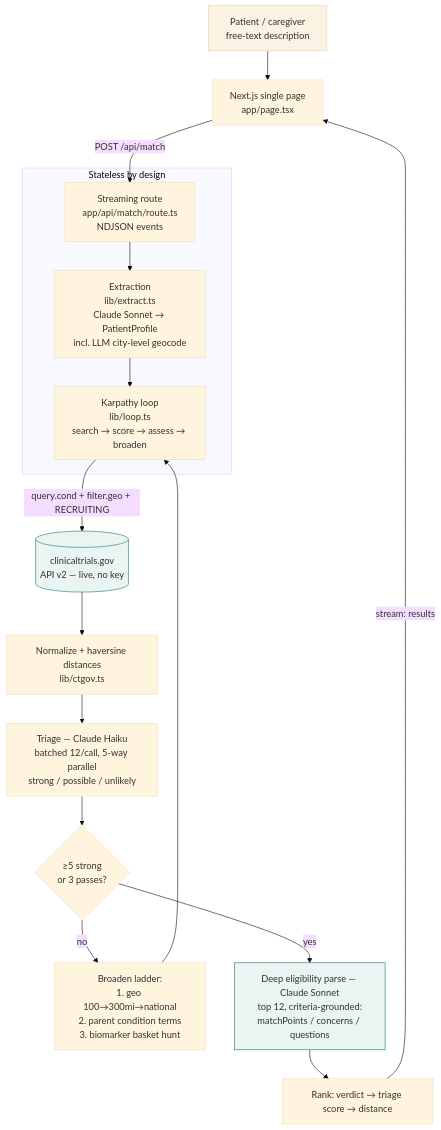
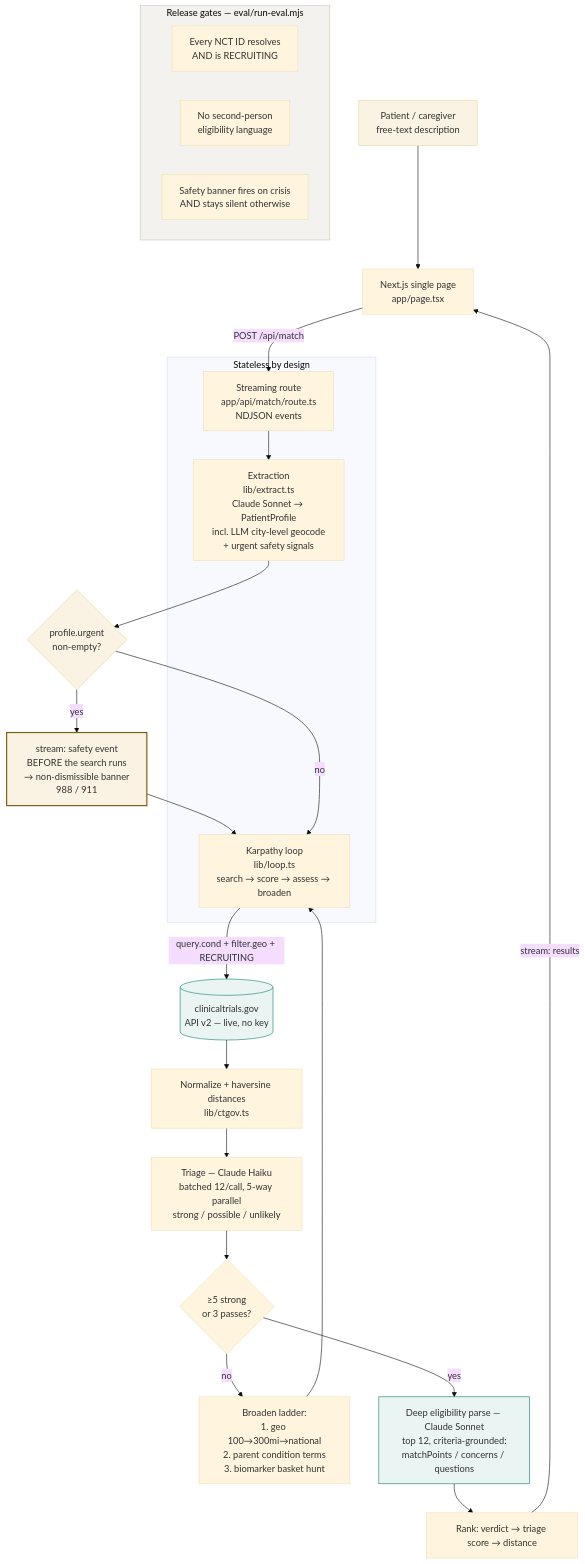
The diagram in ARCHITECTURE.mermaid (ericporres/trialthread), drawn with Mermaid (base theme) before and after one commit. The commit also changed 16 other files, not shown here.

```diff
--- a/ARCHITECTURE.mermaid
+++ b/ARCHITECTURE.mermaid
@@ -1,26 +1,41 @@
 flowchart TD
     U[Patient / caregiver\nfree-text description] --> UI[Next.js single page\napp/page.tsx]
     UI -->|POST /api/match| API[Streaming route\napp/api/match/route.ts\nNDJSON events]
 
-    API --> EX[Extraction\nlib/extract.ts\nClaude Sonnet → PatientProfile\nincl. LLM city-level geocode]
-    EX --> LOOP[Karpathy loop\nlib/loop.ts\nsearch → score → assess → broaden]
+    API --> EX[Extraction\nlib/extract.ts\nClaude Sonnet → PatientProfile\nincl. LLM city-level geocode\n+ urgent safety signals]
+
+    EX --> SAFE{profile.urgent\nnon-empty?}
+    SAFE -->|yes| BANNER[stream: safety event\nBEFORE the search runs\n→ non-dismissible banner\n988 / 911]
+    BANNER --> LOOP
+    SAFE -->|no| LOOP
+
+    LOOP[Karpathy loop\nlib/loop.ts\nsearch → score → assess → broaden]
 
     LOOP -->|query.cond + filter.geo + RECRUITING| CTG[(clinicaltrials.gov\nAPI v2 — live, no key)]
     CTG --> NORM[Normalize + haversine distances\nlib/ctgov.ts]
     NORM --> TRI[Triage — Claude Haiku\nbatched 12/call, 5-way parallel\nstrong / possible / unlikely]
     TRI --> COV{≥5 strong\nor 3 passes?}
     COV -->|no| BR[Broaden ladder:\n1. geo 100→300mi→national\n2. parent condition terms\n3. biomarker basket hunt]
     BR --> LOOP
     COV -->|yes| DEEP[Deep eligibility parse — Claude Sonnet\ntop 12, criteria-grounded:\nmatchPoints / concerns / questions]
     DEEP --> RANK[Rank: verdict → triage score → distance]
     RANK -->|stream: results| UI
 
-    subgraph Stateless by design
+    subgraph SG[Stateless by design]
         API
         EX
         LOOP
     end
 
+    subgraph GATES[Release gates — eval/run-eval.mjs]
+        G1[Every NCT ID resolves\nAND is RECRUITING]
+        G2[No second-person\neligibility language]
+        G3[Safety banner fires on crisis\nAND stays silent otherwise]
+    end
+
     style CTG fill:#eaf4f2,stroke:#0e7c6e
     style DEEP fill:#eaf4f2,stroke:#0e7c6e
     style U fill:#faf3e3,stroke:#e8d5a4
+    style BANNER fill:#faf3e3,stroke:#7a5c11,stroke-width:2px
+    style SAFE fill:#faf3e3,stroke:#e8d5a4
+    style GATES fill:#f4f2ee,stroke:#c9c3b8
```
